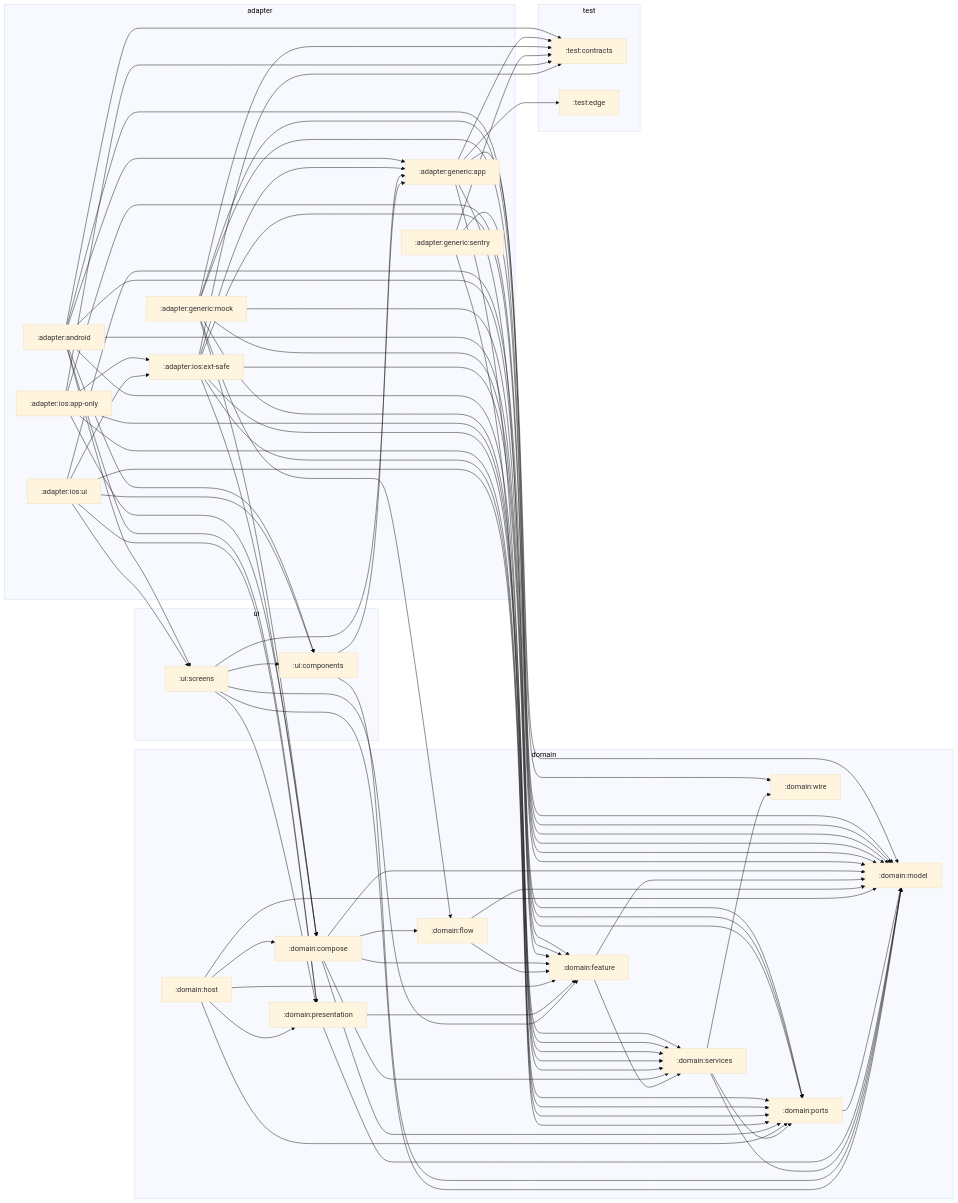
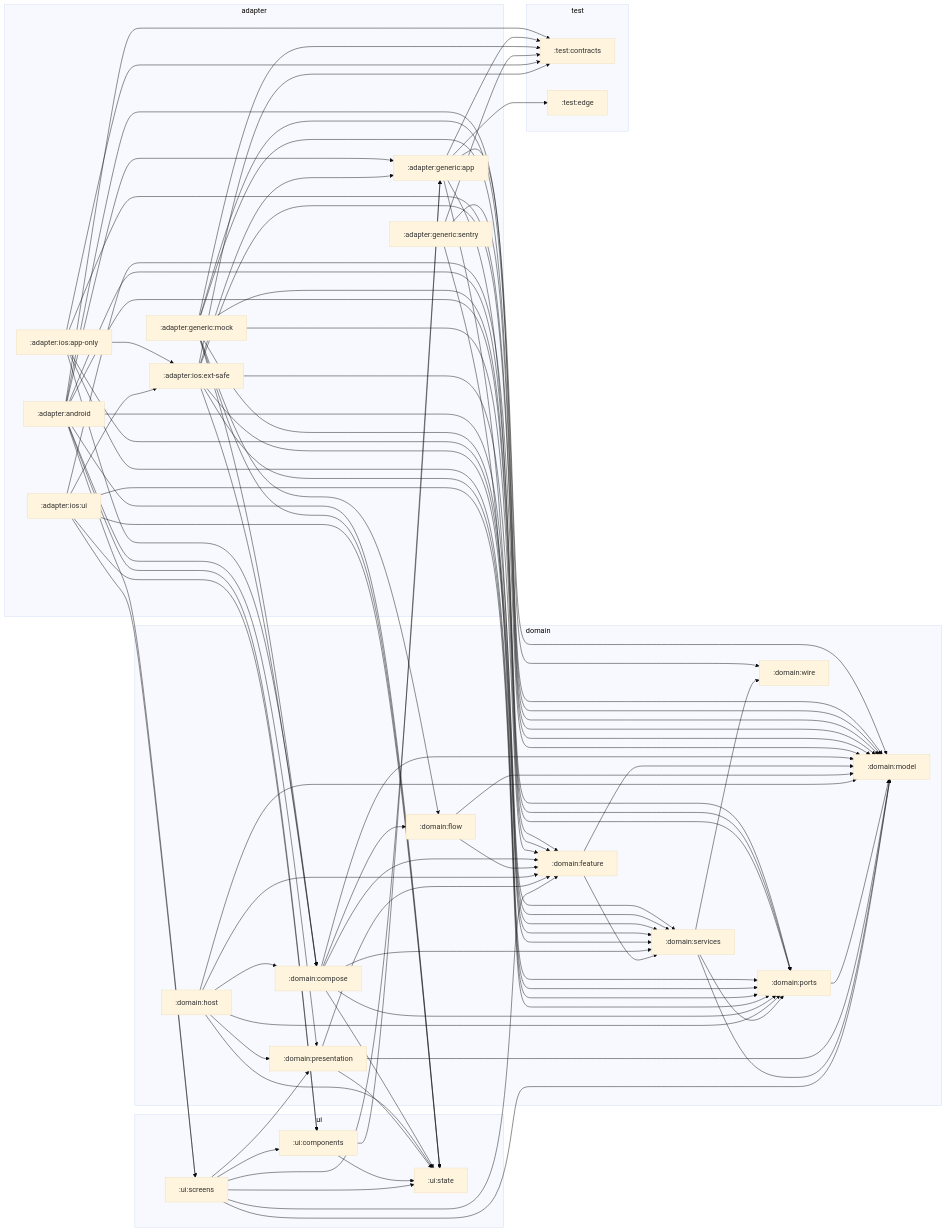
The diagram in architecture/zones.md (stefanhoelzl/SnapSync), drawn with Mermaid (base theme) before and after one commit. The commit also changed 178 other files, not shown here.

````diff
--- a/architecture/zones.md
+++ b/architecture/zones.md
@@ -34,6 +34,7 @@
   subgraph ui
     ui_components[":ui:components"]
     ui_screens[":ui:screens"]
+    ui_state[":ui:state"]
   end
   adapter_android --> adapter_generic_app
   adapter_android --> domain_feature
@@ -44,6 +45,7 @@
   adapter_android --> test_contracts
   adapter_android --> ui_components
   adapter_android --> ui_screens
+  adapter_android --> ui_state
   adapter_generic_app --> domain_model
   adapter_generic_app --> domain_ports
   adapter_generic_app --> domain_services
@@ -57,6 +59,7 @@
   adapter_generic_mock --> domain_services
   adapter_generic_mock --> domain_wire
   adapter_generic_mock --> test_contracts
+  adapter_generic_mock --> ui_state
   adapter_generic_sentry --> domain_model
   adapter_generic_sentry --> domain_ports
   adapter_generic_sentry --> test_contracts
@@ -76,14 +79,15 @@
   adapter_ios_ui --> adapter_ios_ext_safe
   adapter_ios_ui --> domain_model
   adapter_ios_ui --> domain_ports
-  adapter_ios_ui --> domain_presentation
   adapter_ios_ui --> ui_components
   adapter_ios_ui --> ui_screens
+  adapter_ios_ui --> ui_state
   domain_compose --> domain_feature
   domain_compose --> domain_flow
   domain_compose --> domain_model
   domain_compose --> domain_ports
   domain_compose --> domain_services
+  domain_compose --> ui_state
   domain_feature --> domain_model
   domain_feature --> domain_services
   domain_flow --> domain_feature
@@ -93,17 +97,20 @@
   domain_host --> domain_model
   domain_host --> domain_ports
   domain_host --> domain_presentation
+  domain_host --> ui_state
   domain_ports --> domain_model
   domain_presentation --> domain_feature
   domain_presentation --> domain_model
+  domain_presentation --> ui_state
   domain_services --> domain_model
   domain_services --> domain_ports
   domain_services --> domain_wire
   ui_components --> adapter_generic_app
-  ui_components --> domain_model
+  ui_components --> ui_state
   ui_screens --> adapter_generic_app
   ui_screens --> domain_feature
   ui_screens --> domain_model
   ui_screens --> domain_presentation
   ui_screens --> ui_components
+  ui_screens --> ui_state
 ```
````
